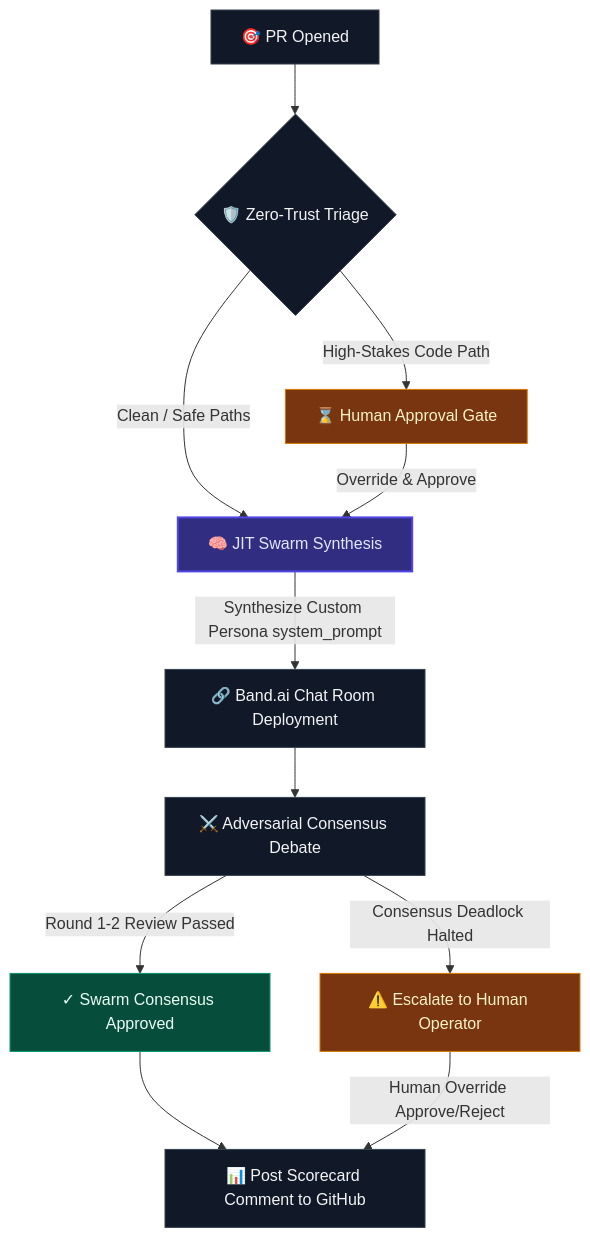
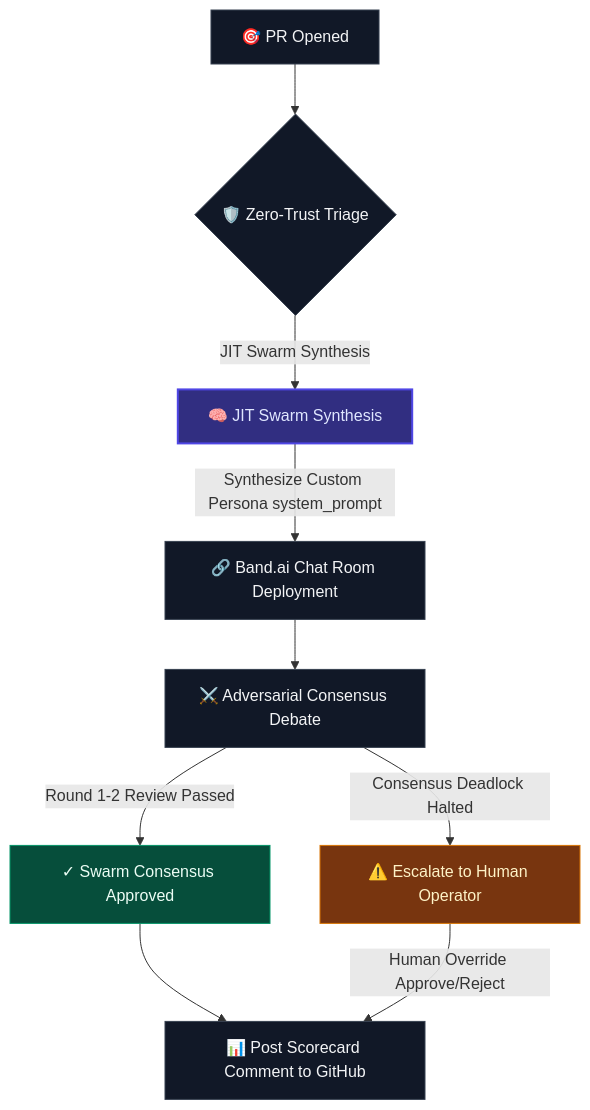
The diagram in README.md (vjb/WellActually.ai), drawn with Mermaid before and after one commit. The commit also changed other lines of this file and 6 other files, not shown here.

Commit message:
feat: expand dynamic swarm capacity to 4 agents, add JIT PR Executive Summary, and optimize reviewer prompts for golden case robustness

````diff
--- a/README.md
+++ b/README.md
@@ -29,19 +29,17 @@
 ```mermaid
 flowchart TD
     %% Styling
     classDef default fill:#111827,stroke:#374151,color:#f3f4f6,stroke-width:1px;
     classDef accent fill:#312e81,stroke:#4f46e5,color:#e0e7ff,stroke-width:2px;
     classDef warning fill:#78350f,stroke:#d97706,color:#fef3c7,stroke-width:1px;
     classDef success fill:#064e3b,stroke:#059669,color:#ecfdf5,stroke-width:1px;
     
     A[🎯 PR Opened]:::default --> B{🛡️ Zero-Trust Triage}:::default
-    B -->|High-Stakes Code Path| C[⌛ Human Approval Gate]:::warning
-    B -->|Clean / Safe Paths| D[🧠 JIT Swarm Synthesis]:::accent
-    C -->|Override & Approve| D
+    B -->|JIT Swarm Synthesis| D[🧠 JIT Swarm Synthesis]:::accent
     D -->|Synthesize Custom Persona system_prompt| E[🔗 Band.ai Chat Room Deployment]:::default
     E --> F[⚔️ Adversarial Consensus Debate]:::default
     F -->|Round 1-2 Review Passed| G[✓ Swarm Consensus Approved]:::success
     F -->|Consensus Deadlock Halted| H[⚠️ Escalate to Human Operator]:::warning
     G --> I[📊 Post Scorecard Comment to GitHub]:::default
     H -->|Human Override Approve/Reject| I
 ```
````
